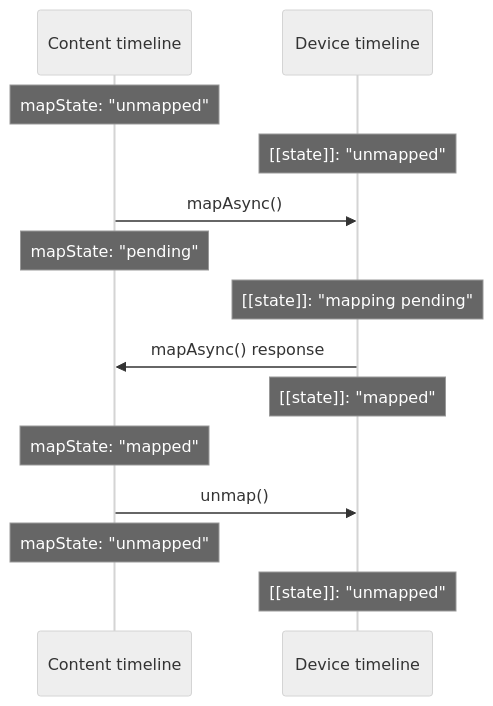
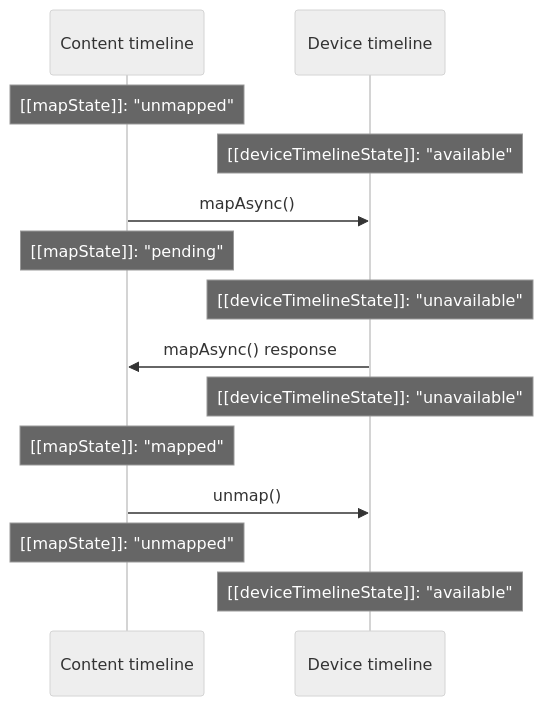
One commit to gpuweb/gpuweb changed the diagram in spec/diagrams/buffer-map-unmap.mmd. Above: the diagram before and after it, drawn with Mermaid (neutral theme). The commit also changed 4 other files, not shown here.

First line of the commit message:
Separate content/device internal states of GPUBuffer

```diff
--- a/spec/diagrams/buffer-map-unmap.mmd
+++ b/spec/diagrams/buffer-map-unmap.mmd
@@ -1,12 +1,12 @@
 sequenceDiagram
-    Note over Content timeline: mapState: "unmapped"
-    Note over Device timeline: [[state]]: "unmapped"
+    Note over Content timeline: [[mapState]]: "unmapped"
+    Note over Device timeline: [[deviceTimelineState]]: "available"
     Content timeline ->> Device timeline: mapAsync()
-    Note over Content timeline: mapState: "pending"
-    Note over Device timeline: [[state]]: "mapping pending"
+    Note over Content timeline: [[mapState]]: "pending"
+    Note over Device timeline: [[deviceTimelineState]]: "unavailable"
     Device timeline ->> Content timeline: mapAsync() response
-    Note over Device timeline: [[state]]: "mapped"
-    Note over Content timeline: mapState: "mapped"
+    Note over Device timeline: [[deviceTimelineState]]: "unavailable"
+    Note over Content timeline: [[mapState]]: "mapped"
     Content timeline ->> Device timeline: unmap()
-    Note over Content timeline: mapState: "unmapped"
-    Note over Device timeline: [[state]]: "unmapped"
+    Note over Content timeline: [[mapState]]: "unmapped"
+    Note over Device timeline: [[deviceTimelineState]]: "available"
```
